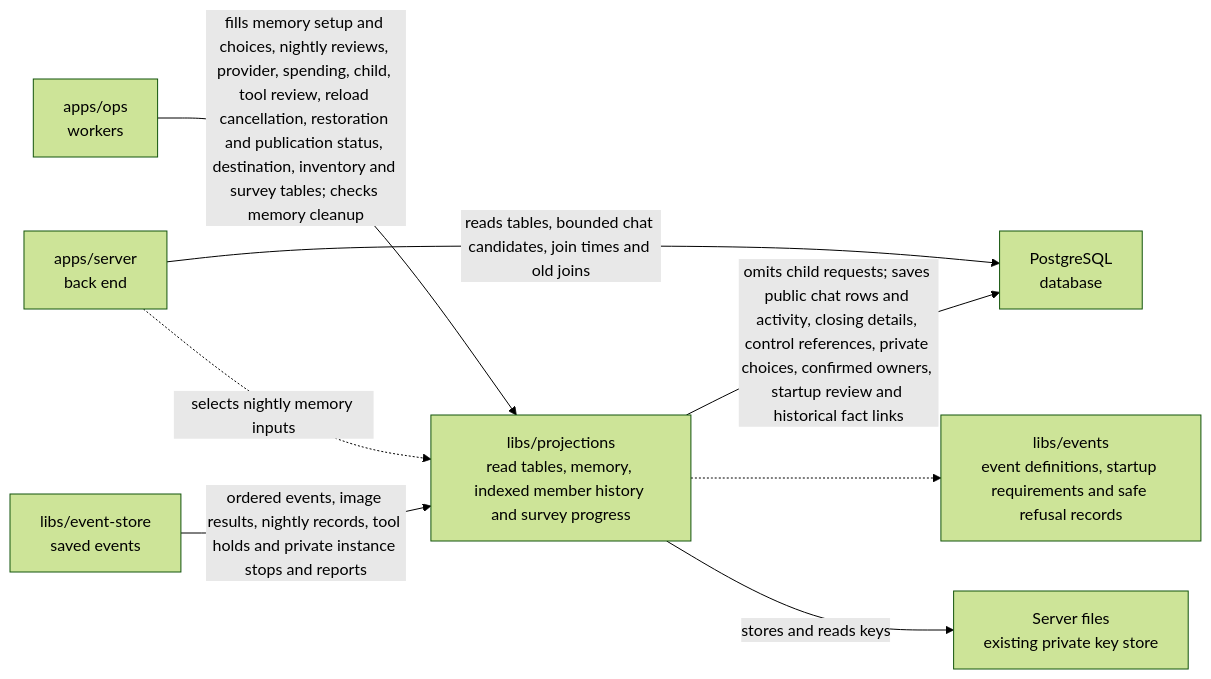
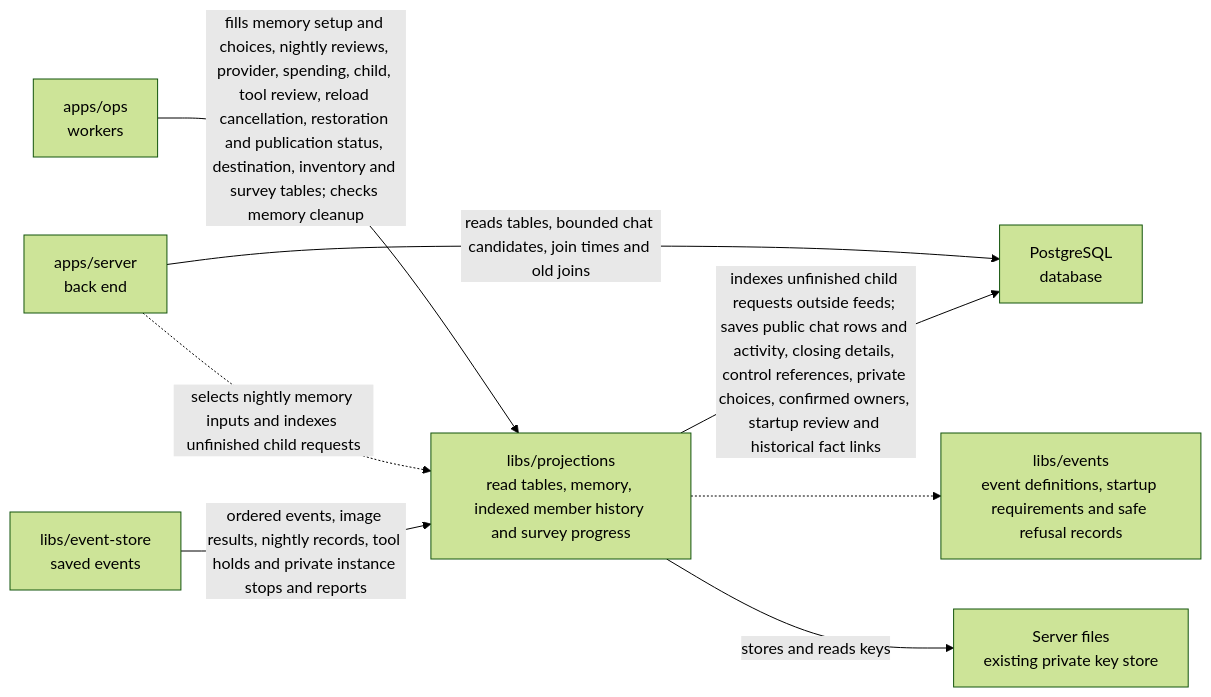
One commit to elewa-git/opencrane-new changed the diagram in libs/projections/README.md. Above: the diagram before and after it, drawn with Mermaid (forest theme). The commit also changed other lines of this file and 12 other files, not shown here.

````diff
--- a/libs/projections/README.md
+++ b/libs/projections/README.md
@@ -23,10 +23,10 @@
 ```mermaid
 flowchart LR
   ops["apps/ops<br/>workers"] -->|fills memory setup and choices, nightly reviews, provider, spending, child, tool review, reload cancellation, restoration and publication status, destination, inventory and survey tables; checks memory cleanup| projections["libs/projections<br/>read tables, memory, indexed member history and survey progress"]
   server["apps/server<br/>back end"] -->|reads tables, bounded chat candidates, join times and old joins| pg["PostgreSQL<br/>database"]
-  projections -->|omits child requests; saves public chat rows and activity, closing details, control references, private choices, confirmed owners, startup review and historical fact links| pg
+  projections -->|indexes unfinished child requests outside feeds; saves public chat rows and activity, closing details, control references, private choices, confirmed owners, startup review and historical fact links| pg
   store["libs/event-store<br/>saved events"] -->|ordered events, image results, nightly records, tool holds and private instance stops and reports| projections
-  server -.->|selects nightly memory inputs| projections
+  server -.->|selects nightly memory inputs and indexes unfinished child requests| projections
   projections -.-> events["libs/events<br/>event definitions, startup requirements and safe refusal records"]
   projections -->|stores and reads keys| keys["Server files<br/>existing private key store"]
 ```
````
